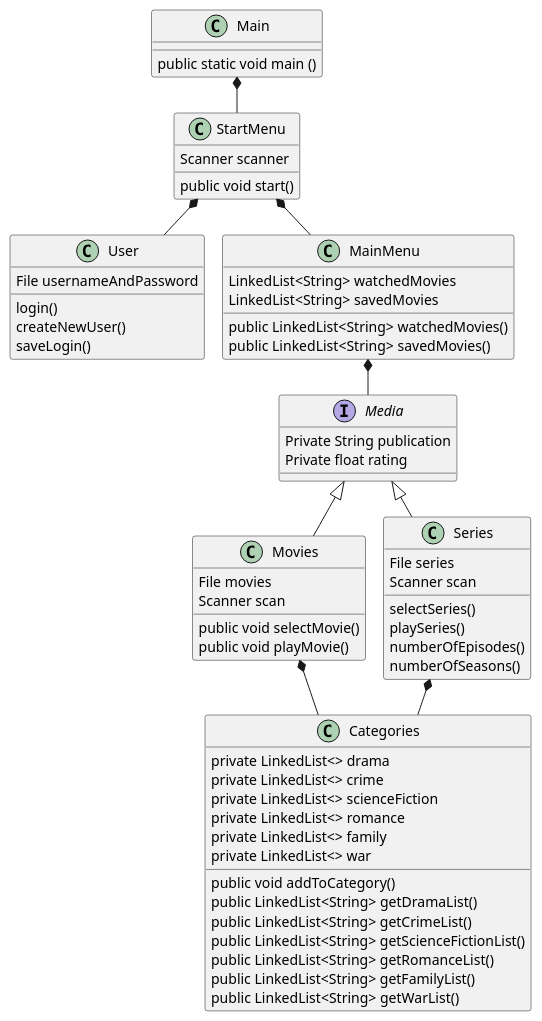
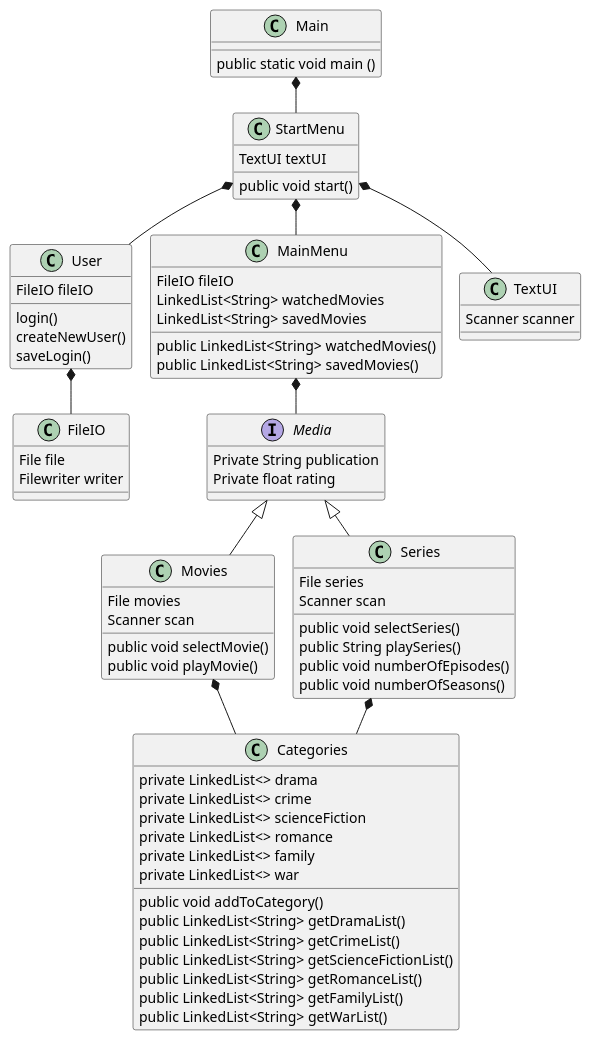
Before and after one commit to MichellaBech/SP3: the diagram in .idea/Class.puml, drawn with PlantUML.

```diff
--- a/.idea/Class.puml
+++ b/.idea/Class.puml
@@ -1,88 +1,103 @@
 @startuml
 'https://plantuml.com/class-diagram
 !pragma layout smetana
 
 class Movies
 class Series
 interface Media
 class Categories
 class User
 class StartMenu
 class MainMenu
 class Main
+class TextUI
+class FileIO
 
 
 Media <|-- Movies
 Media <|-- Series
 
 Movies *-- Categories
 Series *-- Categories
 StartMenu *-- User
 StartMenu *-- MainMenu
 Main *-- StartMenu
 MainMenu *-- Media
+StartMenu *-- TextUI
+User *-- FileIO
+
+class TextUI
+{
+Scanner scanner
+}
+
+class FileIO {
+File file
+Filewriter writer
+}
 
 class Main {
 public static void main ()
 }
 
 class StartMenu {
-Scanner scanner
+TextUI textUI
 public void start()
 
 }
 
 class Categories {
 private LinkedList<> drama
 private LinkedList<> crime
 private LinkedList<> scienceFiction
 private LinkedList<> romance
 private LinkedList<> family
 private LinkedList<> war
 
 public void addToCategory()
 public LinkedList<String> getDramaList()
 public LinkedList<String> getCrimeList()
 public LinkedList<String> getScienceFictionList()
 public LinkedList<String> getRomanceList()
 public LinkedList<String> getFamilyList()
 public LinkedList<String> getWarList()
 }
 
 Interface Media {
 Private String publication
 Private float rating
 }
 
 class Movies{
 File movies
 Scanner scan
 public void selectMovie()
 public void playMovie()
 }
 
 class Series {
 File series
 Scanner scan
-selectSeries()
-playSeries()
-numberOfEpisodes()
-numberOfSeasons()
+public void selectSeries()
+public String playSeries()
+public void numberOfEpisodes()
+public void numberOfSeasons()
 }
 
 class User{
-File usernameAndPassword
+FileIO fileIO
 login()
 createNewUser()
 saveLogin()
 }
 
 class MainMenu {
+FileIO fileIO
 LinkedList<String> watchedMovies
 LinkedList<String> savedMovies
 public LinkedList<String> watchedMovies()
 public LinkedList<String> savedMovies()
 }
 
 
 @enduml
```
